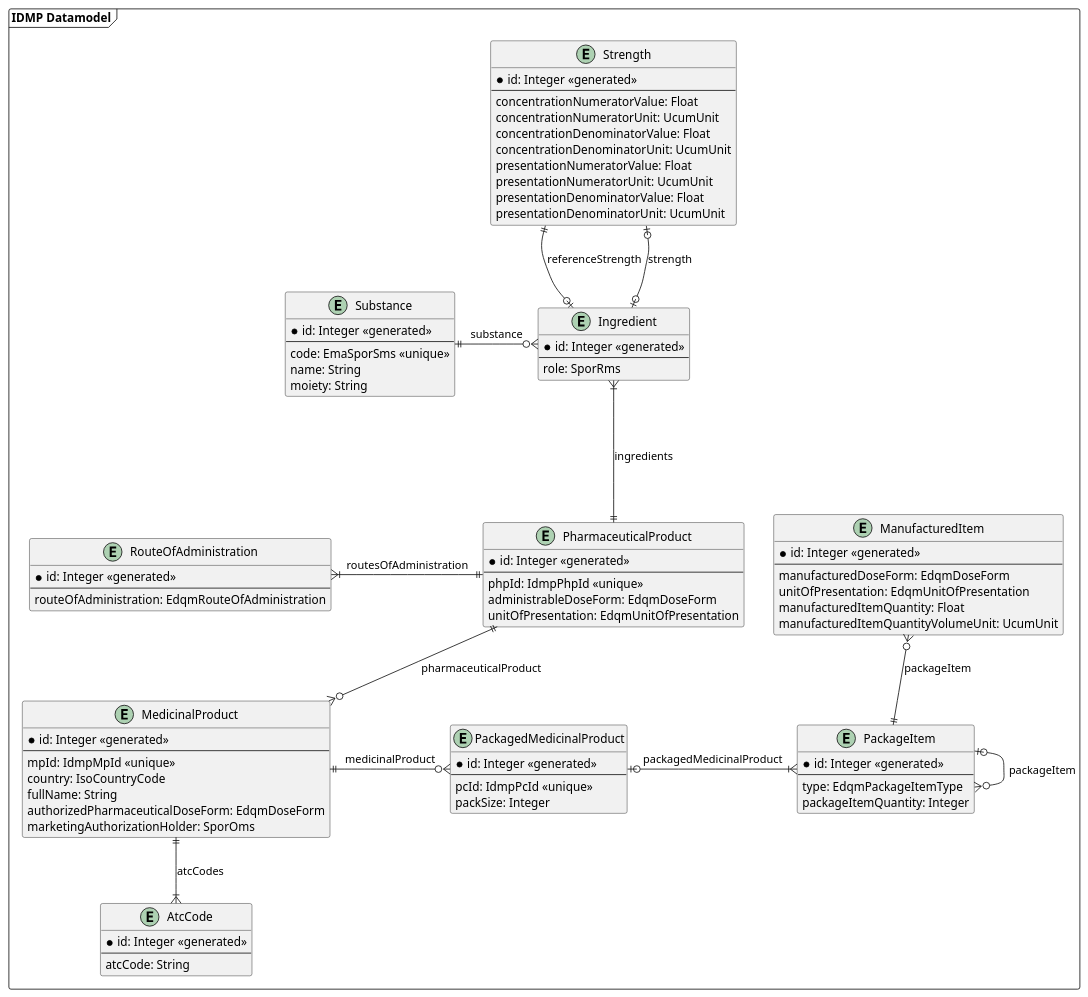
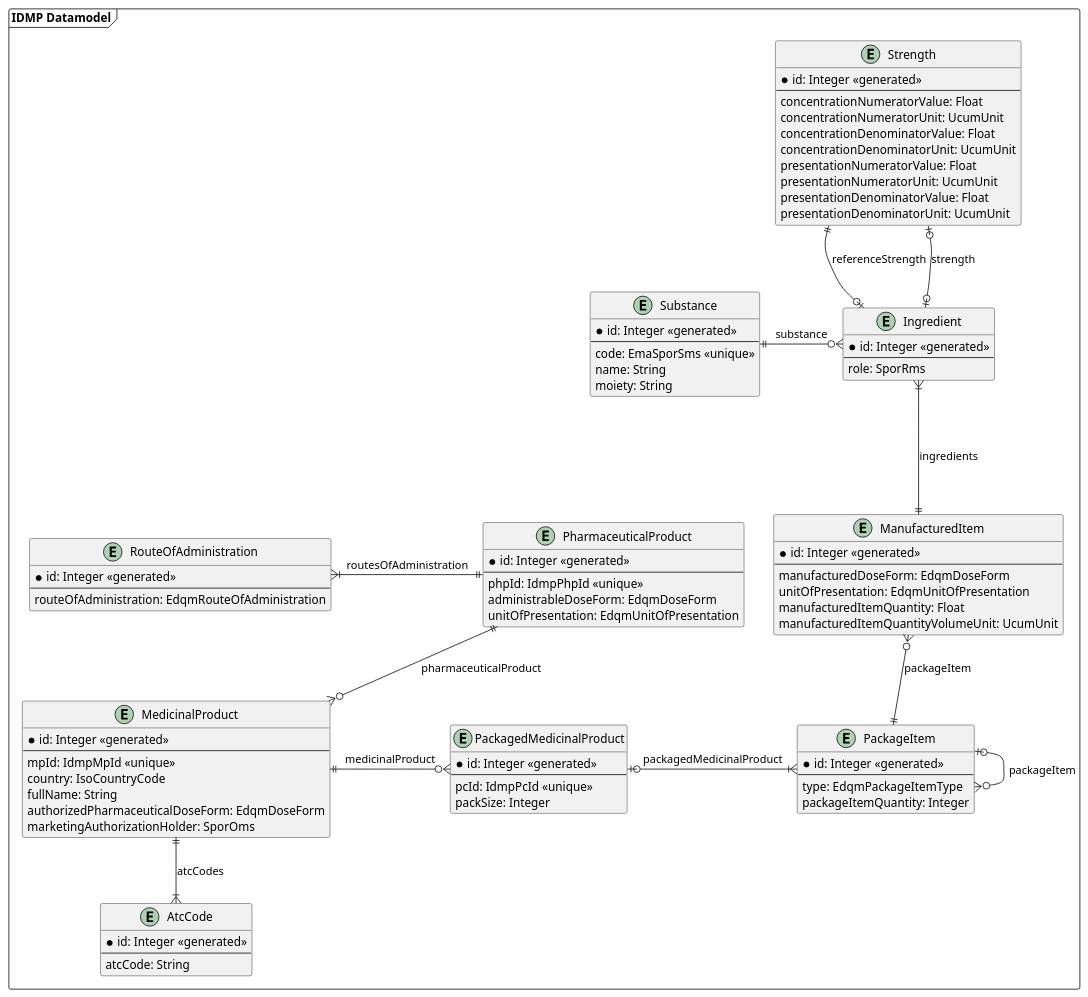
Before and after one commit to unicom-project-eu/wp6-db-api: the diagram in uml/class/datamodel.puml, drawn with PlantUML. The commit also changed 10 other files, not shown here.

Commit message:
Moved relationship from between ingredient and pharmaceutical to ingredient and manufactured

```diff
--- a/uml/class/datamodel.puml
+++ b/uml/class/datamodel.puml
@@ -1,106 +1,107 @@
 @startuml
 'https://plantuml.com/class-diagram
 
 package "IDMP Datamodel" as idmpDatamodel <<frame>> {
     entity Strength {
         * id: Integer <<generated>>
         --
         concentrationNumeratorValue: Float
         concentrationNumeratorUnit: UcumUnit
         concentrationDenominatorValue: Float
         concentrationDenominatorUnit: UcumUnit
         presentationNumeratorValue: Float
         presentationNumeratorUnit: UcumUnit
         presentationDenominatorValue: Float
         presentationDenominatorUnit: UcumUnit
     }
 
     together {
         entity Substance {
             * id: Integer <<generated>>
             --
             code: EmaSporSms <<unique>>
             name: String
             moiety: String
         }
 
         entity Ingredient {
             * id: Integer <<generated>>
             --
             role: SporRms
         }
 
         Substance ||-r-o{ Ingredient : "substance"
     }
 
     together {
         entity RouteOfAdministration {
             * id: Integer <<generated>>
             --
             routeOfAdministration: EdqmRouteOfAdministration
         }
 
         entity PharmaceuticalProduct {
             * id: Integer <<generated>>
             --
             phpId: IdmpPhpId <<unique>>
             administrableDoseForm: EdqmDoseForm
             unitOfPresentation: EdqmUnitOfPresentation
         }
     }
 
     entity MedicinalProduct {
         * id: Integer <<generated>>
         --
         mpId: IdmpMpId <<unique>>
         country: IsoCountryCode
         fullName: String
         authorizedPharmaceuticalDoseForm: EdqmDoseForm
         marketingAuthorizationHolder: SporOms
     }
 
     entity AtcCode {
         * id: Integer <<generated>>
         --
         atcCode: String
     }
 
     entity PackagedMedicinalProduct {
         * id: Integer <<generated>>
         --
         pcId: IdmpPcId <<unique>>
         packSize: Integer
     }
 
     entity PackageItem {
         * id: Integer <<generated>>
         --
         type: EdqmPackageItemType
         packageItemQuantity: Integer
     }
 
     entity ManufacturedItem {
         * id: Integer <<generated>>
         --
         manufacturedDoseForm: EdqmDoseForm
         unitOfPresentation: EdqmUnitOfPresentation
         manufacturedItemQuantity: Float
         manufacturedItemQuantityVolumeUnit: UcumUnit
     }
 
     MedicinalProduct ||--|{ AtcCode : "atcCodes"
 
     Strength ||--o| Ingredient : "referenceStrength"
     Strength |o--o| Ingredient : "strength"
 
-    Ingredient }|---|| PharmaceuticalProduct : "ingredients"
+    ' Ingredient }|---|| PharmaceuticalProduct : "ingredients <<redundant>>"
+    Ingredient }|---|| ManufacturedItem : "ingredients"
 
     RouteOfAdministration }|-r-|| PharmaceuticalProduct : "routesOfAdministration"
     PharmaceuticalProduct ||--o{ MedicinalProduct : "pharmaceuticalProduct"
     MedicinalProduct ||-o{ PackagedMedicinalProduct : "medicinalProduct"
     PackagedMedicinalProduct |o-|{ PackageItem : "packagedMedicinalProduct"
     PackageItem |o-o{ PackageItem : "packageItem"
     ManufacturedItem }o--|| PackageItem : "packageItem"
 }
 
 @enduml
```
